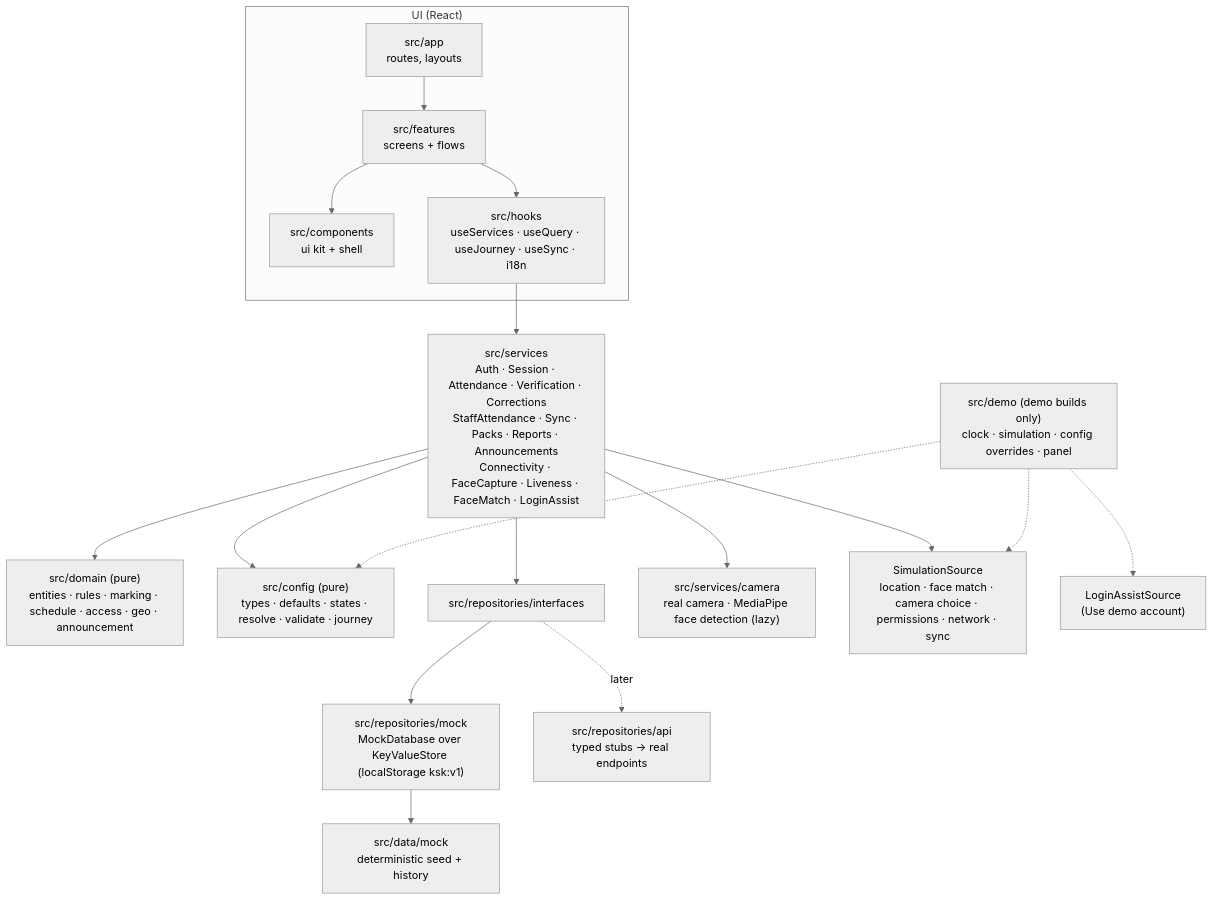
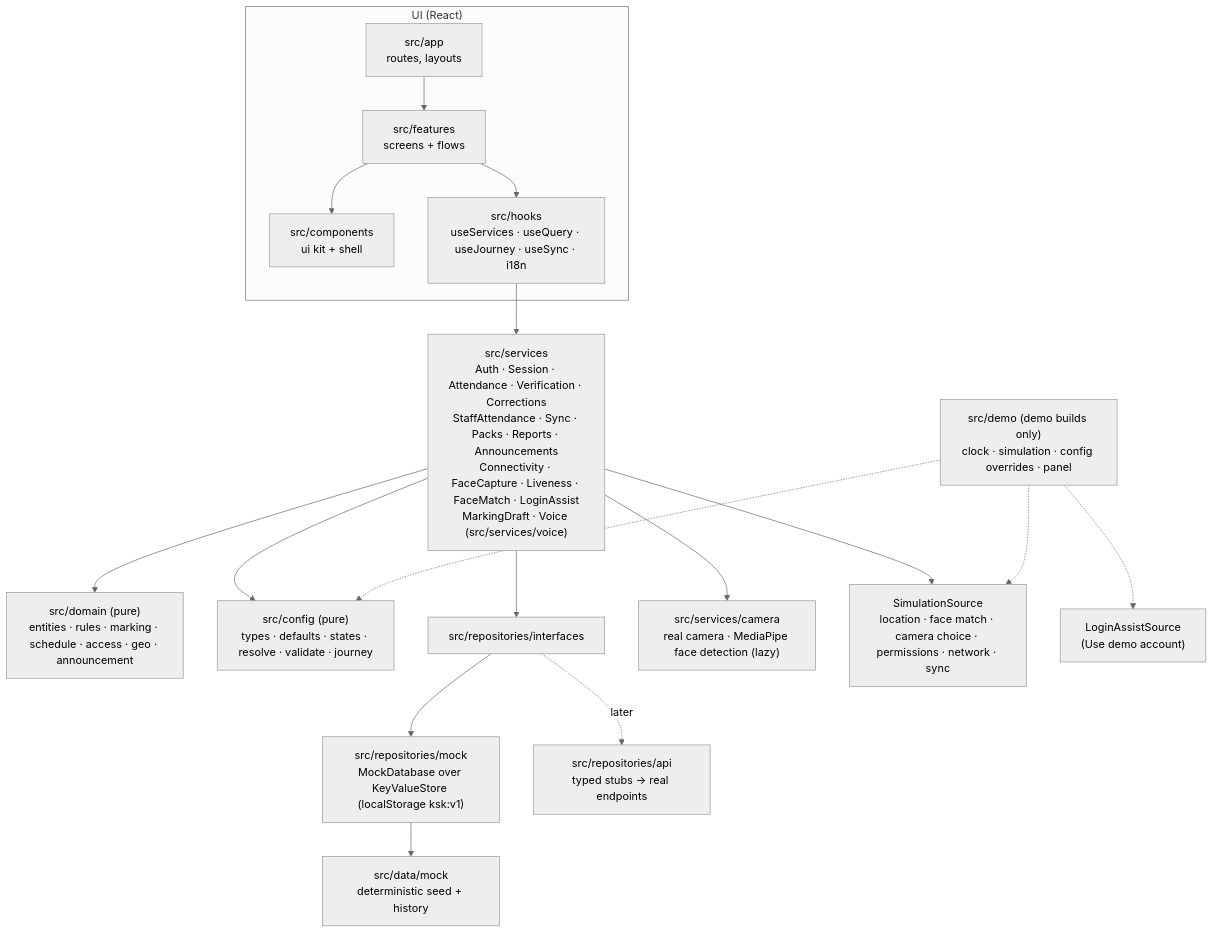
Before and after one commit to repo-sumit/KSK-Att: the first of 5 diagrams in docs/ARCHITECTURE.md, drawn with Mermaid (neutral theme). The commit also changed other lines of this file and 173 other files, not shown here.

````diff
--- a/docs/ARCHITECTURE.md
+++ b/docs/ARCHITECTURE.md
@@ -7,20 +7,20 @@
 ```mermaid
 flowchart TD
   subgraph UI["UI (React)"]
     APP["src/app<br/>routes, layouts"] --> FEAT["src/features<br/>screens + flows"]
     FEAT --> KIT["src/components<br/>ui kit + shell"]
     FEAT --> HOOKS["src/hooks<br/>useServices · useQuery · useJourney · useSync · i18n"]
   end
-  HOOKS --> SVC["src/services<br/>Auth · Session · Attendance · Verification · Corrections<br/>StaffAttendance · Sync · Packs · Reports · Announcements<br/>Connectivity · FaceCapture · Liveness · FaceMatch · LoginAssist"]
+  HOOKS --> SVC["src/services<br/>Auth · Session · Attendance · Verification · Corrections<br/>StaffAttendance · Sync · Packs · Reports · Announcements<br/>Connectivity · FaceCapture · Liveness · FaceMatch · LoginAssist<br/>MarkingDraft · Voice (src/services/voice)"]
   SVC --> DOM["src/domain (pure)<br/>entities · rules · marking · schedule · access · geo · announcement"]
   SVC --> CFG["src/config (pure)<br/>types · defaults · states · resolve · validate · journey"]
   SVC --> RI["src/repositories/interfaces"]
   RI --> MOCK["src/repositories/mock<br/>MockDatabase over KeyValueStore (localStorage ksk:v1)"]
   RI -. later .-> API["src/repositories/api<br/>typed stubs → real endpoints"]
   MOCK --> DATA["src/data/mock<br/>deterministic seed + history"]
   SVC --> CAM["src/services/camera<br/>real camera · MediaPipe face detection (lazy)"]
   SVC --> SIM["SimulationSource<br/>location · face match · camera choice · permissions · network · sync"]
   DEMO["src/demo (demo builds only)<br/>clock · simulation · config overrides · panel"] -.-> SIM
   DEMO -.-> CFG
   DEMO -.-> LA["LoginAssistSource<br/>(Use demo account)"]
 ```
````
